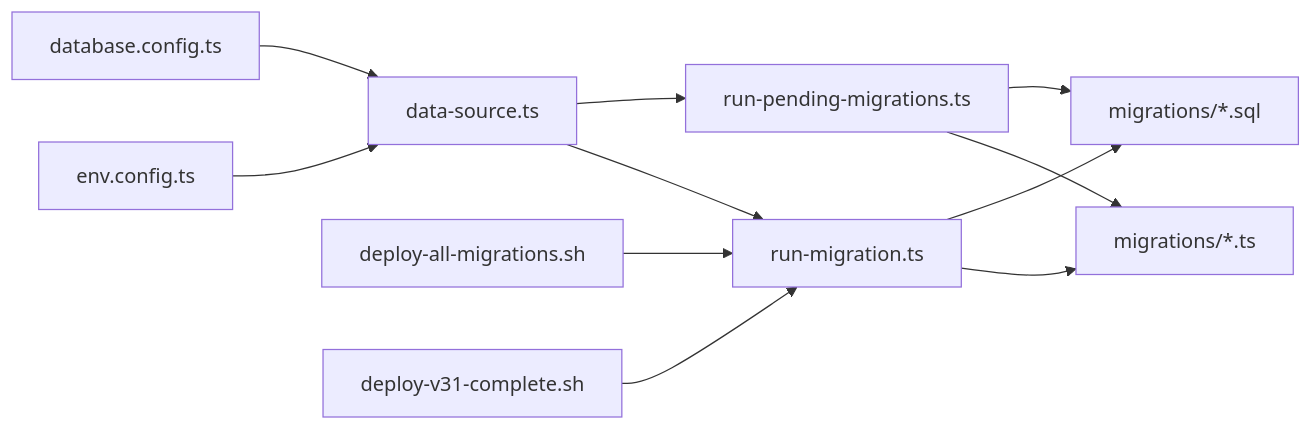
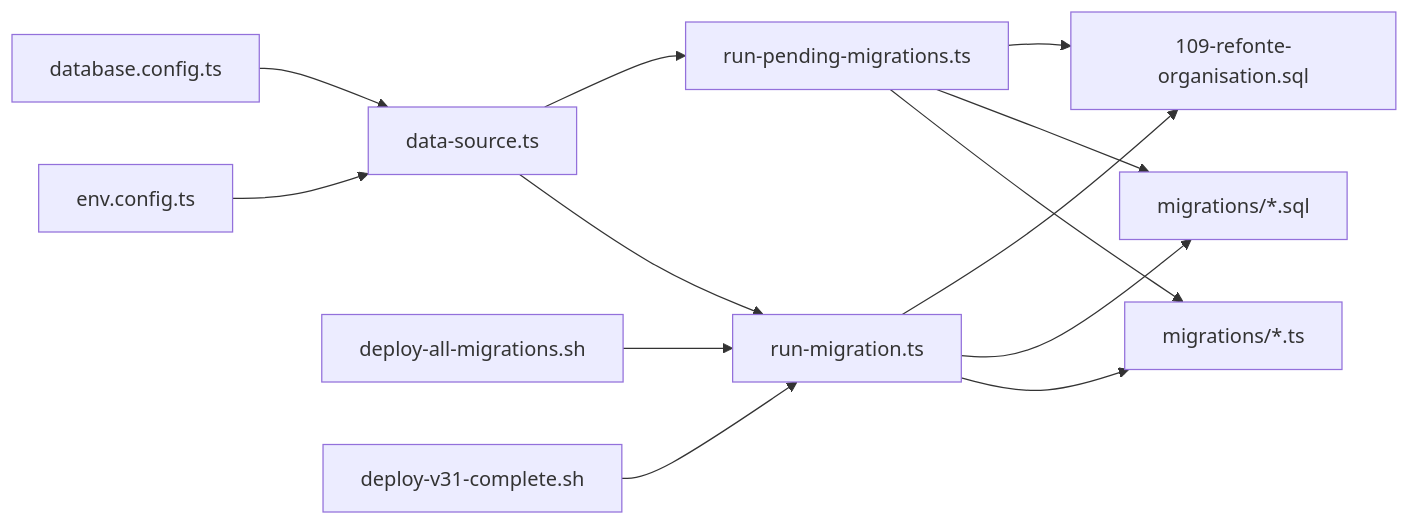
The fourth of 4 diagrams in .qoder/repowiki/en/content/System Architecture/Database Architecture/Database Migrations & Version Control.md (franckylab/eLISAschool), drawn with Mermaid before and after one commit. The commit also changed other lines of this file and 483 other files, not shown here.

````diff
--- a/.qoder/repowiki/en/content/System Architecture/Database Architecture/Database Migrations & Version Control.md
+++ b/.qoder/repowiki/en/content/System Architecture/Database Architecture/Database Migrations & Version Control.md
@@ -355,13 +447,15 @@
 ```mermaid
 graph LR
 Env["env.config.ts"] --> DS["data-source.ts"]
 DBConf["database.config.ts"] --> DS
 DS --> RunnerA["run-migration.ts"]
 DS --> RunnerB["run-pending-migrations.ts"]
 RunnerA --> MigrationsTS["migrations/*.ts"]
 RunnerA --> MigrationsSQL["migrations/*.sql"]
+RunnerA --> RefactorMig["109-refonte-organisation.sql"]
 RunnerB --> MigrationsTS
 RunnerB --> MigrationsSQL
+RunnerB --> RefactorMig
 DeployAll["deploy-all-migrations.sh"] --> RunnerA
 DeployV31["deploy-v31-complete.sh"] --> RunnerA
 ```
````
